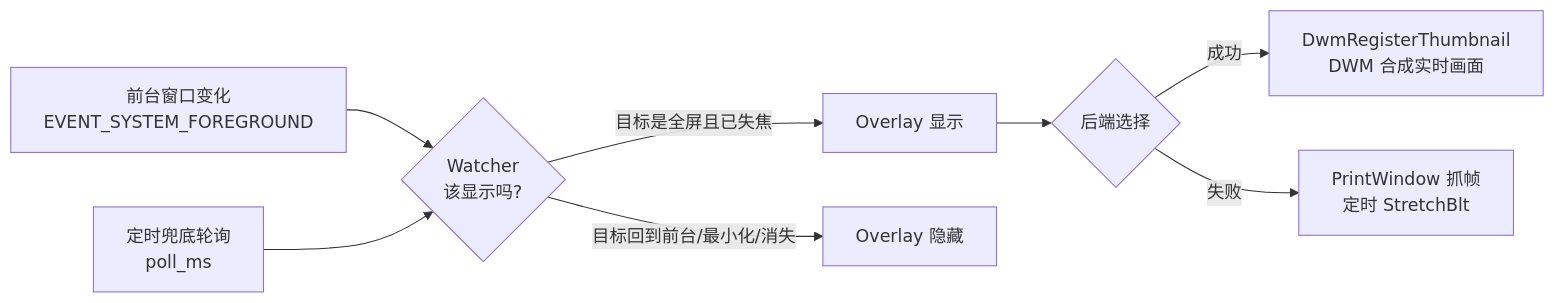
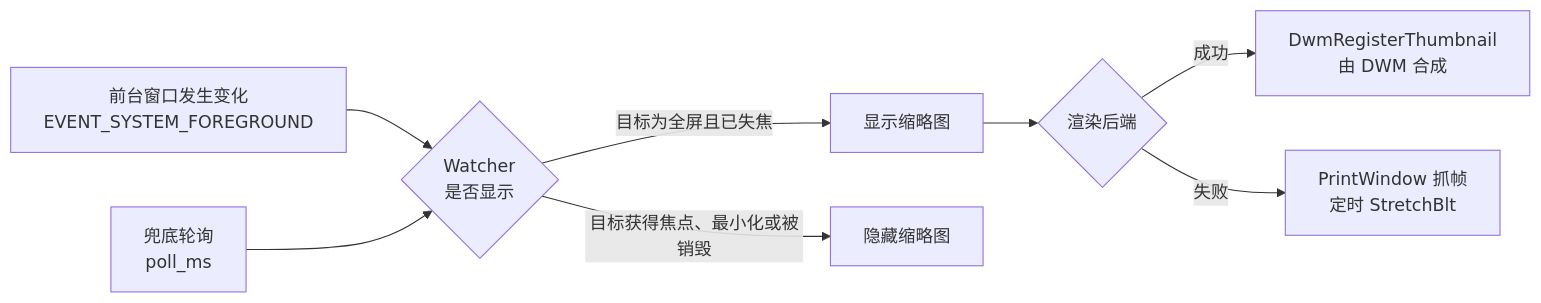
Before and after one commit to markliu12/sidepeek: the diagram in README.zh-CN.md, drawn with Mermaid. The commit also changed other lines of this file and 1 other file, not shown here.

First line of the commit message:
docs: rewrite both READMEs in a formal technical register (#4)

````diff
--- a/README.zh-CN.md
+++ b/README.zh-CN.md
@@ -136,10 +168,10 @@
 ```mermaid
 flowchart LR
-    A[前台窗口变化<br/>EVENT_SYSTEM_FOREGROUND] --> B{Watcher<br/>该显示吗?}
-    T[定时兜底轮询<br/>poll_ms] --> B
-    B -- 目标是全屏且已失焦 --> C[Overlay 显示]
-    B -- 目标回到前台/最小化/消失 --> D[Overlay 隐藏]
-    C --> E{后端选择}
-    E -- 成功 --> F[DwmRegisterThumbnail<br/>DWM 合成实时画面]
+    A[前台窗口发生变化<br/>EVENT_SYSTEM_FOREGROUND] --> B{Watcher<br/>是否显示}
+    T[兜底轮询<br/>poll_ms] --> B
+    B -- 目标为全屏且已失焦 --> C[显示缩略图]
+    B -- 目标获得焦点、最小化或被销毁 --> D[隐藏缩略图]
+    C --> E{渲染后端}
+    E -- 成功 --> F[DwmRegisterThumbnail<br/>由 DWM 合成]
     E -- 失败 --> G[PrintWindow 抓帧<br/>定时 StretchBlt]
 ```
````
